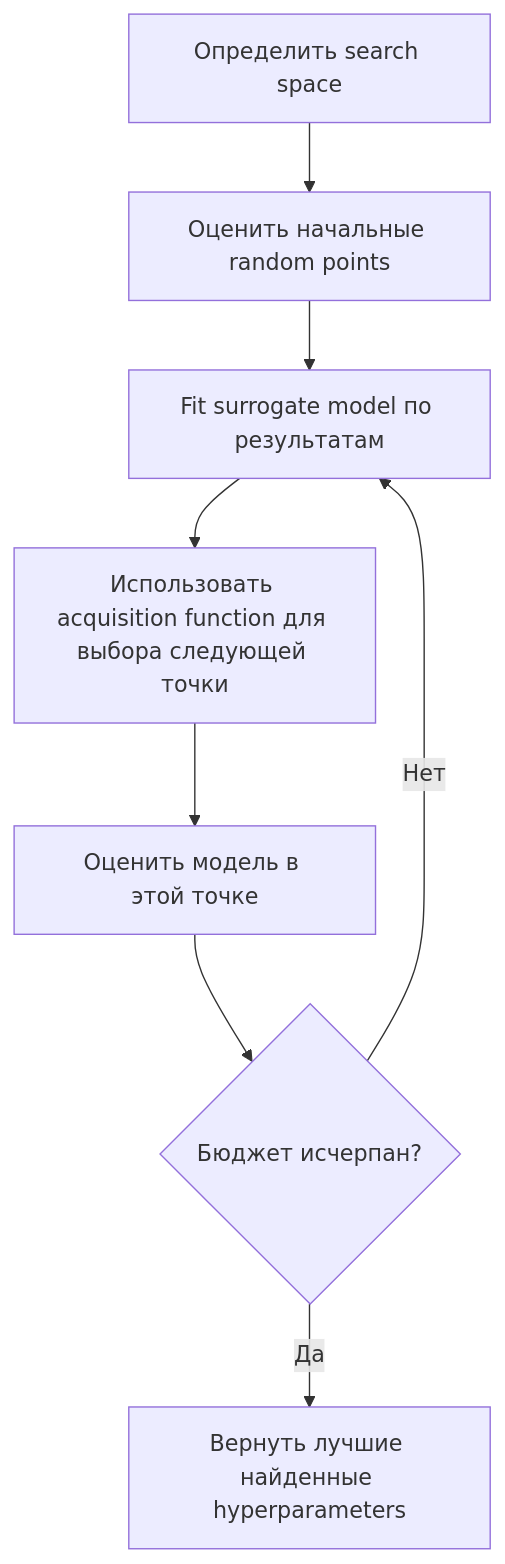
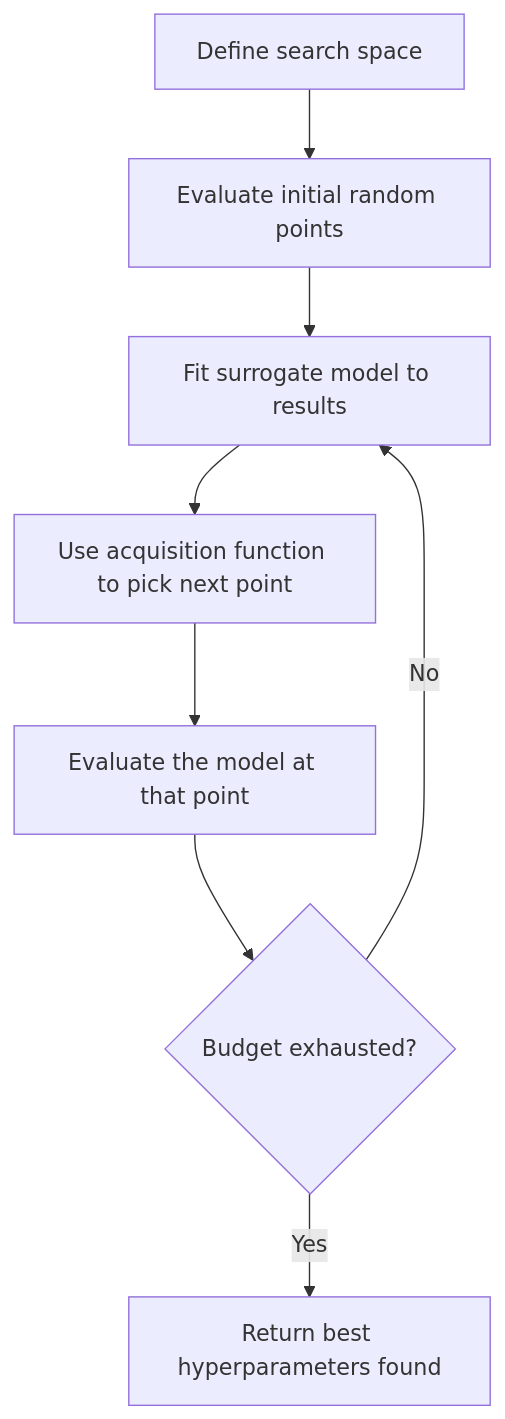
One commit to stabuev/ai-engineering-from-scratch changed the second of 4 diagrams in phases/02-ml-fundamentals/12-hyperparameter-tuning/docs/ru.md. Above: the diagram before and after it, drawn with Mermaid. The commit also changed other lines of this file and 182 other files, not shown here.

````diff
--- a/phases/02-ml-fundamentals/12-hyperparameter-tuning/docs/ru.md
+++ b/phases/02-ml-fundamentals/12-hyperparameter-tuning/docs/ru.md
@@ -87,10 +87,10 @@
 ```mermaid
 flowchart TD
-    A[Определить search space] --> B[Оценить начальные random points]
-    B --> C[Fit surrogate model по результатам]
-    C --> D[Использовать acquisition function для выбора следующей точки]
-    D --> E[Оценить модель в этой точке]
-    E --> F{Бюджет исчерпан?}
-    F -->|Нет| C
-    F -->|Да| G[Вернуть лучшие найденные hyperparameters]
+    A[Define search space] --> B[Evaluate initial random points]
+    B --> C[Fit surrogate model to results]
+    C --> D[Use acquisition function to pick next point]
+    D --> E[Evaluate the model at that point]
+    E --> F{Budget exhausted?}
+    F -->|No| C
+    F -->|Yes| G[Return best hyperparameters found]
 ```
````
